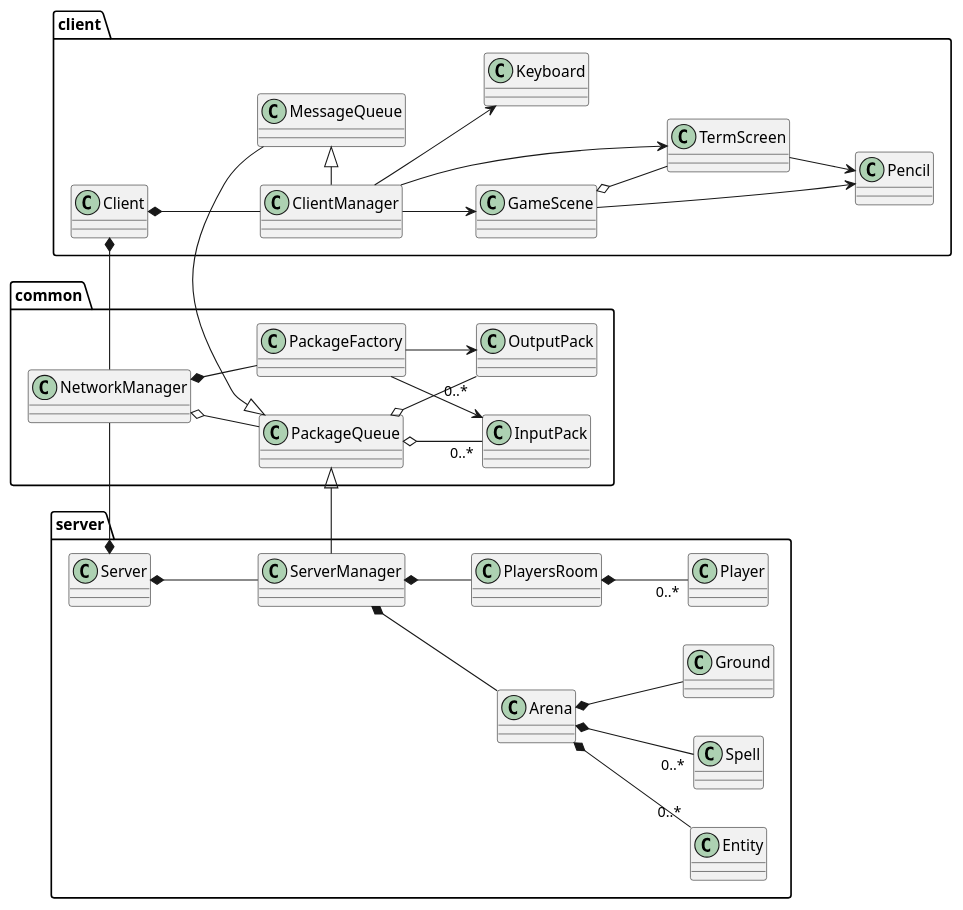
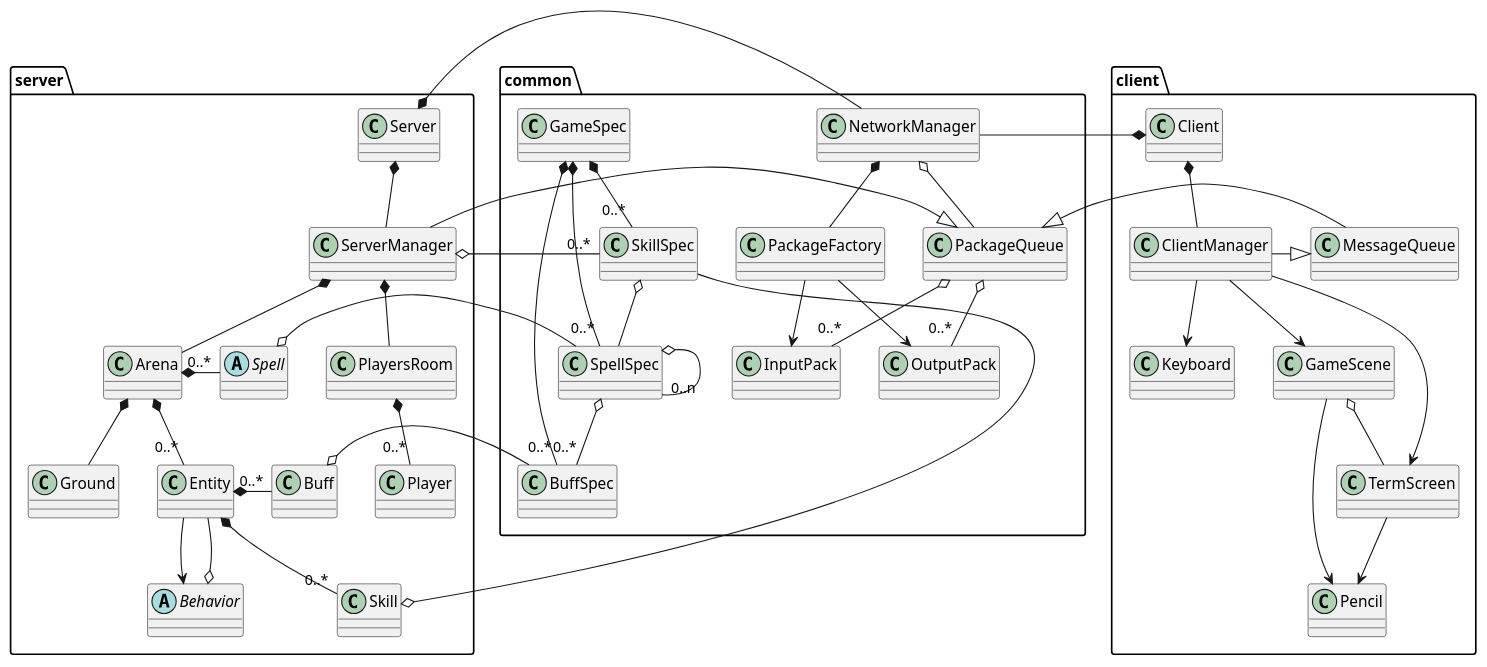
One commit to lemunozm/asciiarena-js changed the diagram in docs/design/class.puml. Above: the diagram before and after it, drawn with PlantUML.

Commit message:
Updated class uml.

```diff
--- a/docs/design/class.puml
+++ b/docs/design/class.puml
@@ -1,56 +1,82 @@
 @startuml
 
-left to right direction
 
 package common {
     class NetworkManager
     class PackageFactory
     class PackageQueue
     class InputPack
     class OutputPack
+    class GameSpec
+    class SkillSpec
+    class SpellSpec
+    class BuffSpec
 
     NetworkManager *-- PackageFactory
     NetworkManager o-- PackageQueue
     PackageQueue o--"0..*" InputPack
     PackageQueue o--"0..*" OutputPack
     PackageFactory --> InputPack
     PackageFactory --> OutputPack
+    GameSpec *--"0..*" SkillSpec
+    GameSpec *--"0..*" SpellSpec
+    GameSpec *--"0..*" BuffSpec
+    SkillSpec o-- SpellSpec
+    SpellSpec o-- "0..n" SpellSpec
+    SpellSpec o-- "0..*" BuffSpec
 }
 
 package server {
     class Server
     class ServerManager
-    class Arena
     class PlayersRoom
     class Player
+    class Arena
     class Ground
+    class Entity
+    abstract class Behavior
+    class Skill
+    abstract class Spell
+    class Buff
 
     Server *-right- NetworkManager
     Server *-- ServerManager
     ServerManager -right-|> PackageQueue
     ServerManager *-- PlayersRoom
     ServerManager *-- Arena
+    ServerManager o-right-"0..*" SkillSpec
     PlayersRoom *--"0..*" Player
     Arena *-- Ground
     Arena *--"0..*" Entity
-    Arena *--"0..*" Spell
+    Arena *-right-"0..*" Spell
+    Entity --> Behavior
+    Entity *-right-"0..*" Buff
+    Entity *--"0..*" Skill
+    Skill o-up- SkillSpec
+    Spell o-right- SpellSpec
+    Buff o-right- BuffSpec
+    Behavior o-- Entity
 }
 
 package client {
     class MessageQueue
     class Client
     class ClientManager
+    class TermScreen
+    class Keyboard
+    class GameScene
+    class Pencil
 
     Client *-left- NetworkManager
     Client *-- ClientManager
     MessageQueue -left-|> PackageQueue
     ClientManager -right-|> MessageQueue
     ClientManager --> TermScreen
     ClientManager --> Keyboard
     ClientManager --> GameScene
     GameScene o-- TermScreen
     TermScreen --> Pencil
     GameScene --> Pencil
 }
 
 @enduml
```
